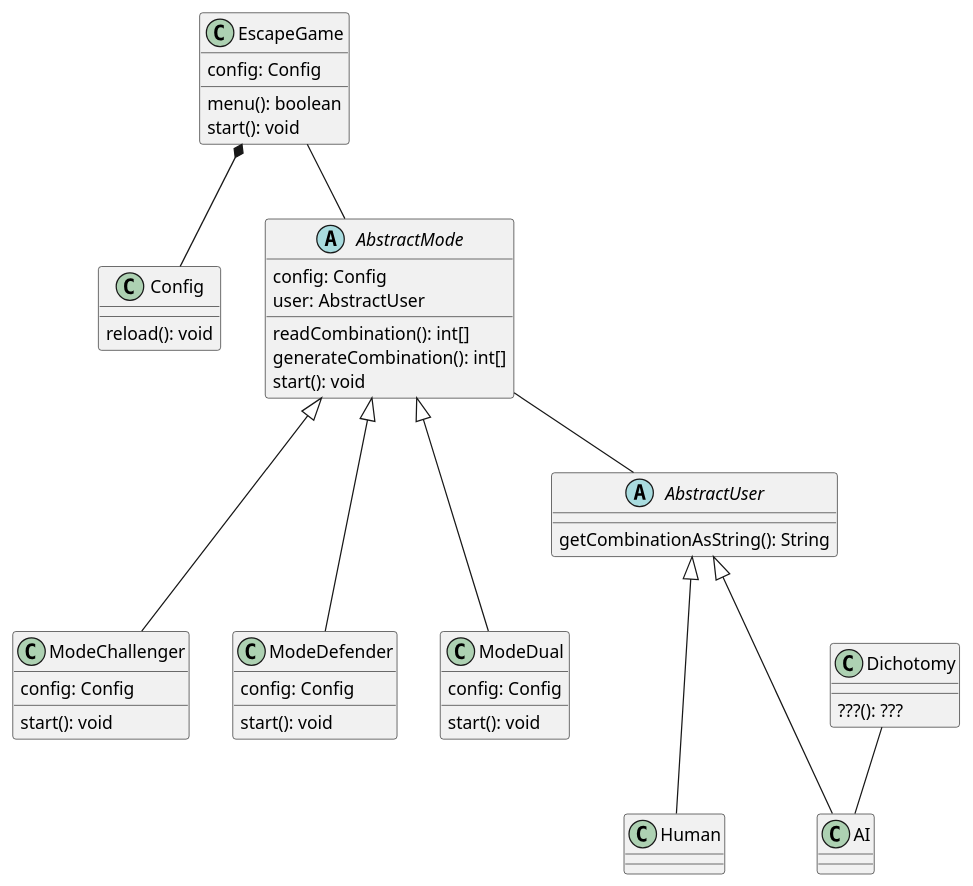
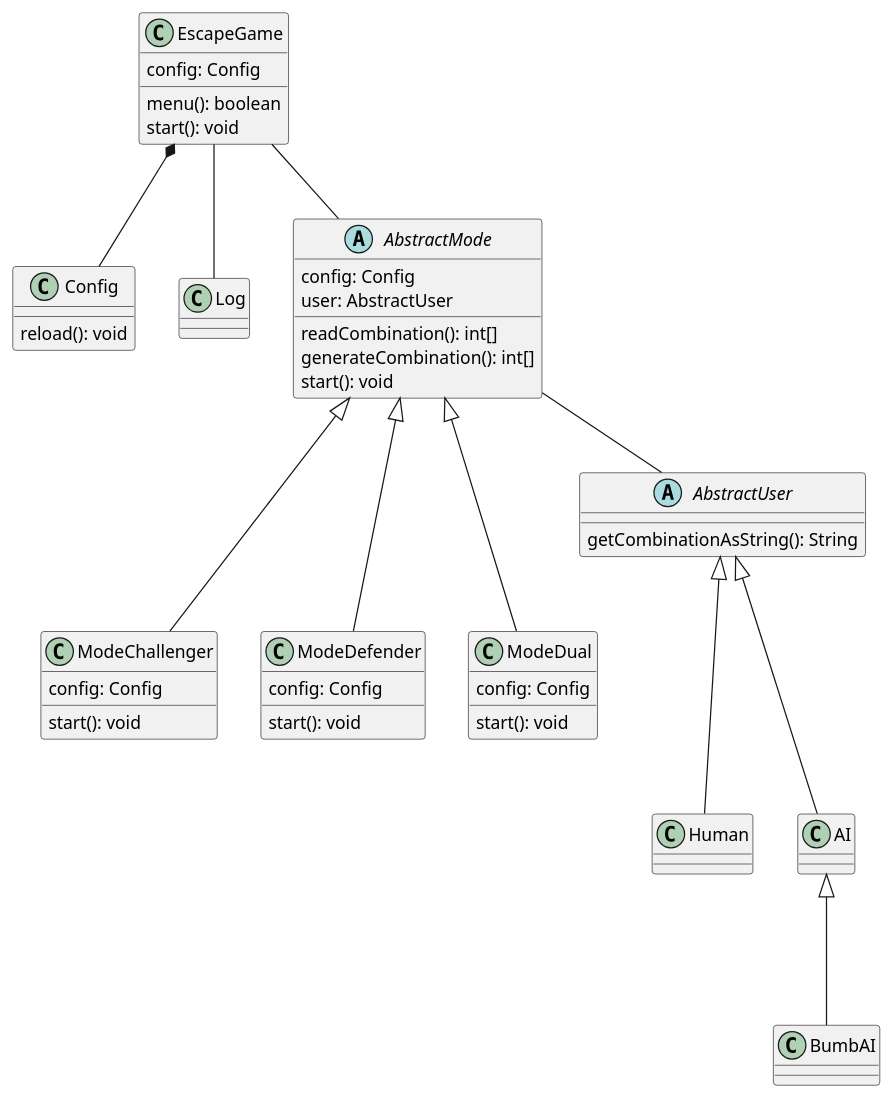
One commit to OMorlotti/P3-mettre-ma-logique-a-l-preuve changed the diagram in Project3.puml. Above: the diagram before and after it, drawn with PlantUML.

```diff
--- a/Project3.puml
+++ b/Project3.puml
@@ -1,68 +1,71 @@
 @startuml
 
 Class EscapeGame {
 config: Config
 menu(): boolean
 start(): void
 }
 
 class Config {
 
 reload(): void
+}
+
+class Log {
+
 }
 
 abstract class AbstractMode {
 config: Config
 user: AbstractUser
 readCombination(): int[]
 generateCombination(): int[]
 start(): void
 }
 
 class ModeChallenger {
 config: Config
 start(): void
 }
 
 class ModeDefender {
 config: Config
 start(): void
 }
 
 class ModeDual {
 config: Config
 start(): void
 }
 
-class Dichotomy {
-???(): ???
-}
 
 abstract class AbstractUser {
 getCombinationAsString(): String
+}
+
+class BumbAI {
+
 }
 
 class Human {
 
 }
 
-class AI{
-
-}
 
 AbstractMode <|--- ModeChallenger
 AbstractMode <|--- ModeDefender
 AbstractMode <|--- ModeDual
 
 AbstractUser <|--- AI
 AbstractUser <|--- Human
 
+AI <|--- BumbAI
+
 EscapeGame -- AbstractMode
-
-Dichotomy -- AI
+EscapeGame -- Log
 
 EscapeGame *-- Config
 
 AbstractMode -- AbstractUser
 
 @enduml
```
